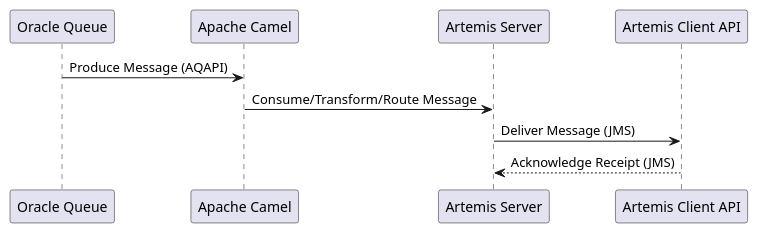
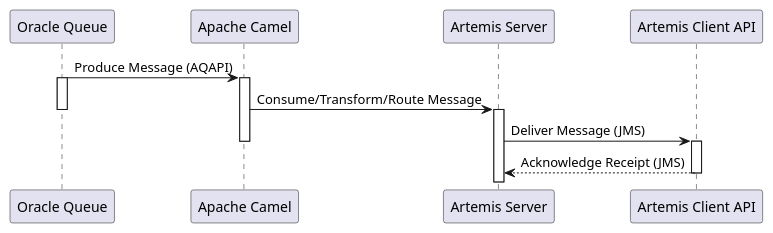
The diagram in docs/uml/queues/artemis_camel_oracle_queue.puml (USACE/cwms-data-api), drawn with PlantUML before and after one commit. The commit also changed 3 other files, not shown here.

```diff
--- a/docs/uml/queues/artemis_camel_oracle_queue.puml
+++ b/docs/uml/queues/artemis_camel_oracle_queue.puml
@@ -1,11 +1,18 @@
 @startuml
 participant "Oracle Queue" as OQ
 participant "Apache Camel" as AC
 participant "Artemis Server" as AS
 participant "Artemis Client API" as ACA
 
 OQ -> AC: Produce Message (AQAPI)
+activate OQ
+activate AC
 AC -> AS: Consume/Transform/Route Message
+deactivate OQ
+activate AS
 AS -> ACA: Deliver Message (JMS)
+deactivate AC
+activate ACA
 ACA --> AS: Acknowledge Receipt (JMS)
+deactivate ACA
 @enduml
```
